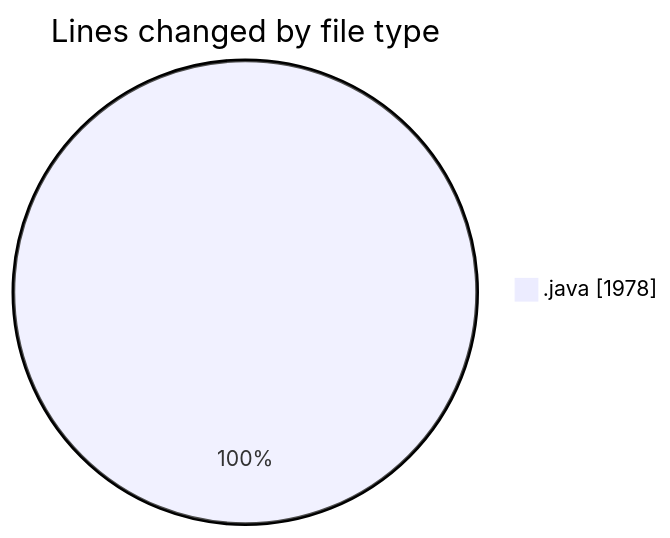
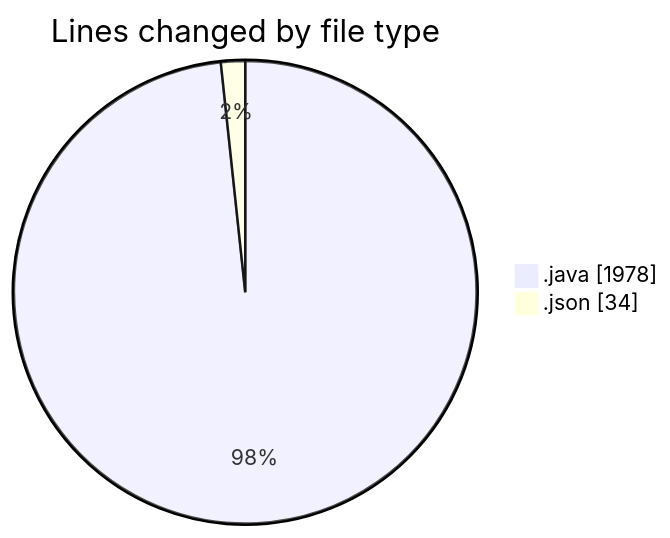
One commit to ricardozamudiocil/code-tracking changed the first of 2 diagrams in 2026-04-23/cilapp/README.md. Above: the diagram before and after it, drawn with Mermaid. The commit also changed other lines of this file and 1 other file, not shown here.

````diff
--- a/2026-04-23/cilapp/README.md
+++ b/2026-04-23/cilapp/README.md
@@ -30,5 +31,6 @@
 ```mermaid
 pie showData
 title Lines changed by file type
 ".java" : 1978
+".json" : 34
 ```
````
